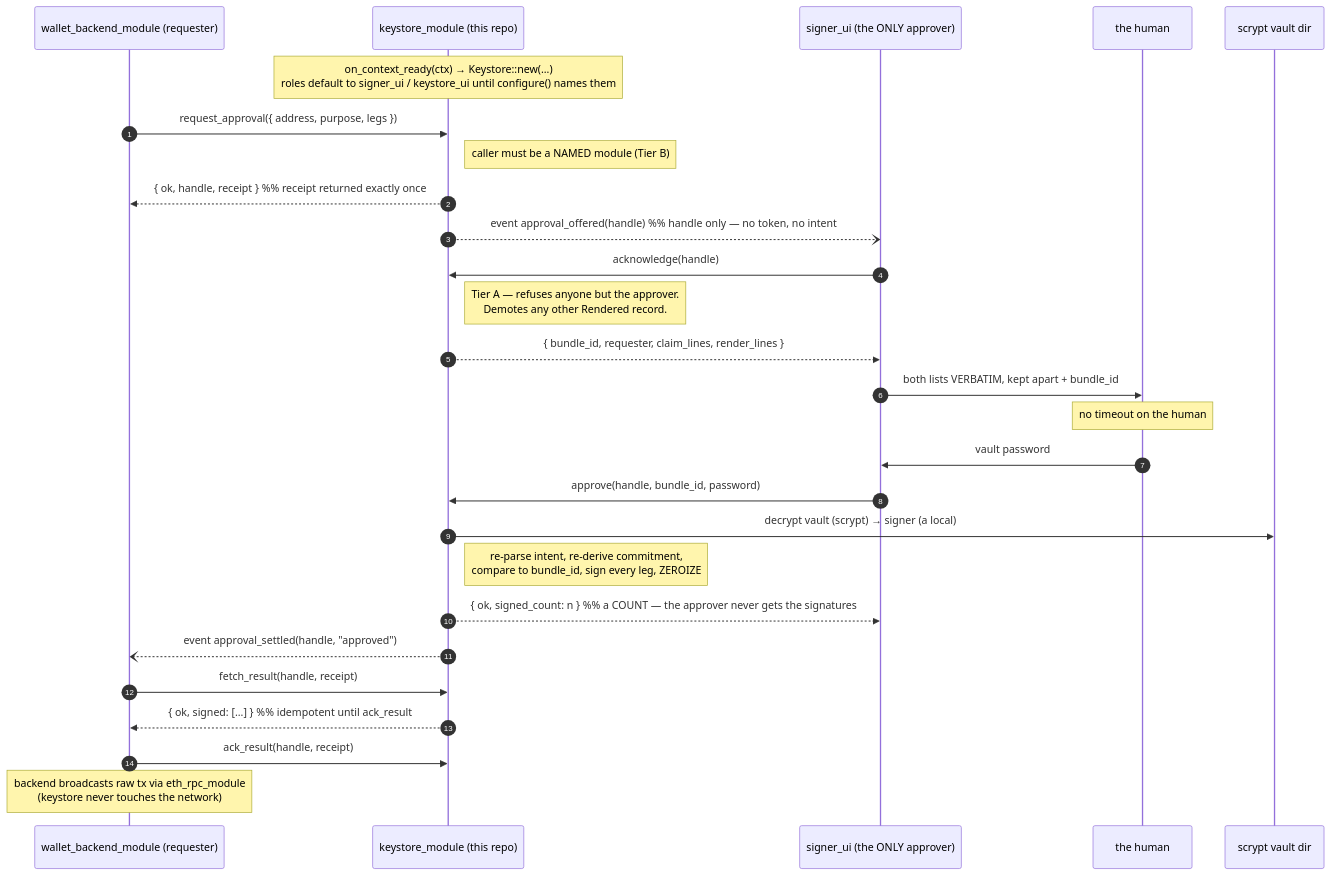
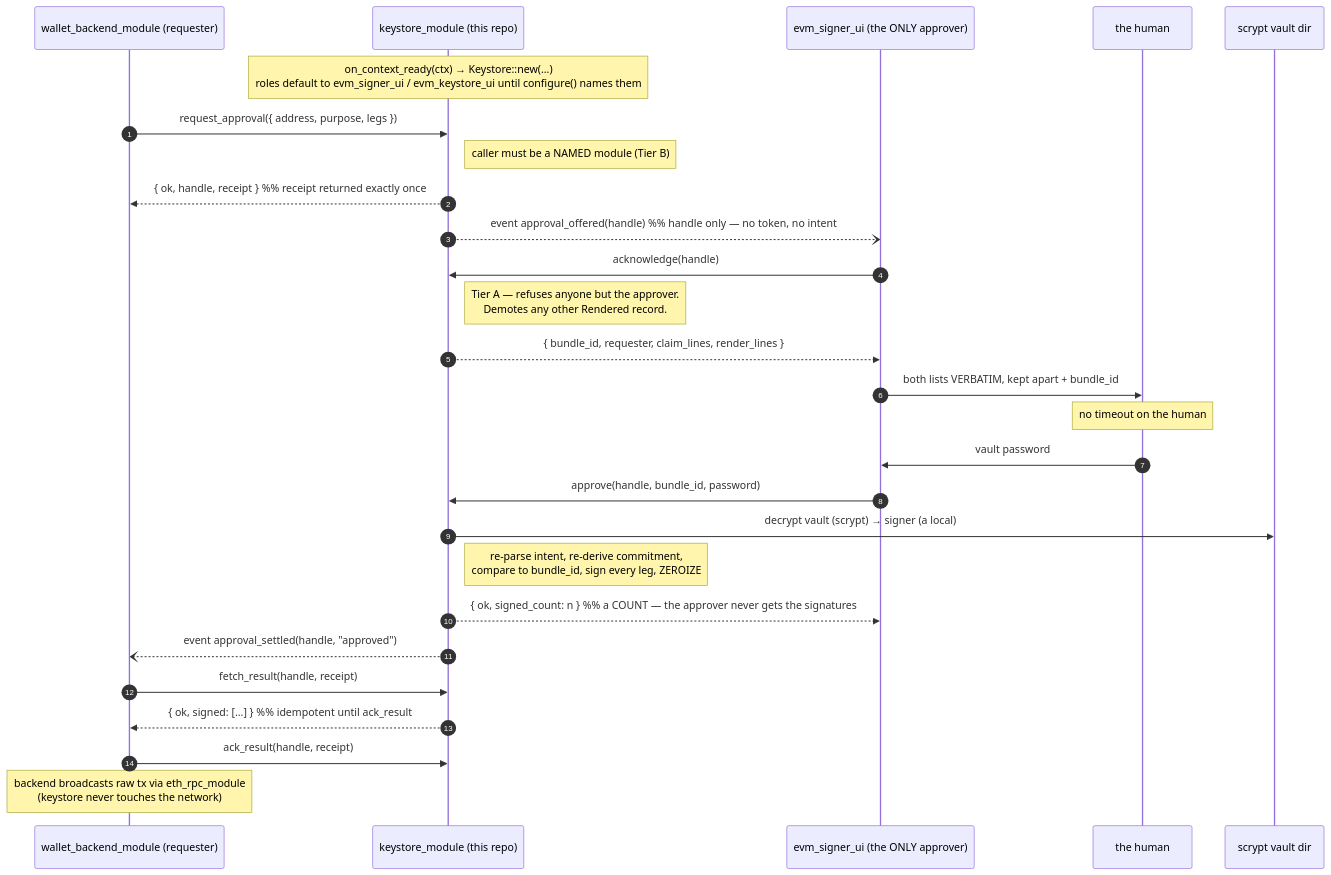
The second of 2 diagrams in docs/specs.md (logos-co/logos-evm-keystore-module), drawn with Mermaid before and after one commit. The commit also changed other lines of this file and 6 other files, not shown here.

First line of the commit message:
feat!: the default approver is evm_signer_ui, the default custodian evm_keystore_ui

````diff
--- a/docs/specs.md
+++ b/docs/specs.md
@@ -131,35 +131,35 @@
 ```mermaid
 sequenceDiagram
     autonumber
     participant BE as wallet_backend_module (requester)
     participant KS as keystore_module (this repo)
-    participant SU as signer_ui (the ONLY approver)
+    participant SU as evm_signer_ui (the ONLY approver)
     participant H as the human
     participant DISK as scrypt vault dir
 
-    Note over KS: on_context_ready(ctx) → Keystore::new(...)<br/>roles default to signer_ui / keystore_ui until configure() names them
+    Note over KS: on_context_ready(ctx) → Keystore::new(...)<br/>roles default to evm_signer_ui / evm_keystore_ui until configure() names them
 
     BE->>KS: request_approval({ address, purpose, legs })
     Note right of KS: caller must be a NAMED module (Tier B)
     KS-->>BE: { ok, handle, receipt }   %% receipt returned exactly once
     KS--)SU: event approval_offered(handle)   %% handle only — no token, no intent
 
     SU->>KS: acknowledge(handle)
     Note right of KS: Tier A — refuses anyone but the approver.<br/>Demotes any other Rendered record.
     KS-->>SU: { bundle_id, requester, claim_lines, render_lines }
     SU->>H: both lists VERBATIM, kept apart + bundle_id
     Note over H: no timeout on the human
 
     H->>SU: vault password
     SU->>KS: approve(handle, bundle_id, password)
     KS->>DISK: decrypt vault (scrypt) → signer (a local)
     Note right of KS: re-parse intent, re-derive commitment,<br/>compare to bundle_id, sign every leg, ZEROIZE
     KS-->>SU: { ok, signed_count: n }   %% a COUNT — the approver never gets the signatures
     KS--)BE: event approval_settled(handle, "approved")
 
     BE->>KS: fetch_result(handle, receipt)
     KS-->>BE: { ok, signed: [...] }   %% idempotent until ack_result
     BE->>KS: ack_result(handle, receipt)
 
     Note over BE: backend broadcasts raw tx via eth_rpc_module<br/>(keystore never touches the network)
 ```
````
